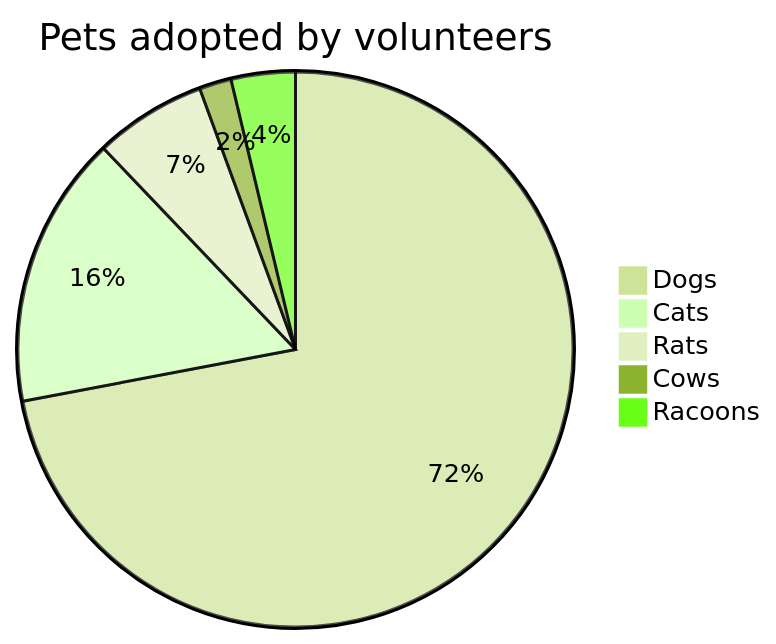
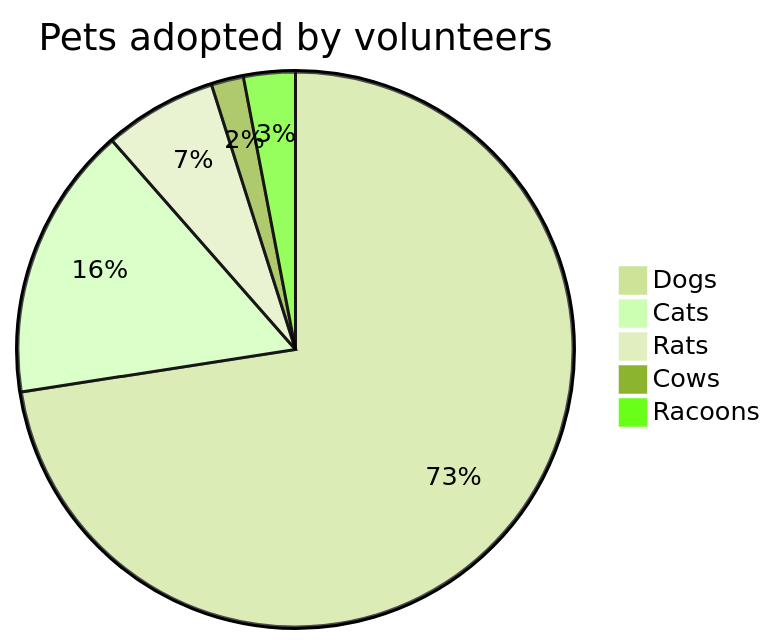
One commit to regh-christian/dokumentation changed the diagram in wiki/GuideTilHjemmeside.md. Above: the diagram before and after it, drawn with Mermaid (forest theme).

````diff
--- a/wiki/GuideTilHjemmeside.md
+++ b/wiki/GuideTilHjemmeside.md
@@ -128,8 +128,8 @@
 ```mermaid
 pie title Pets adopted by volunteers
   "Dogs" : 386
   "Cats" : 85
   "Rats" : 35
   "Cows" : 10
-  "Racoons": 20
+  "Racoons": 16
 ```
````
